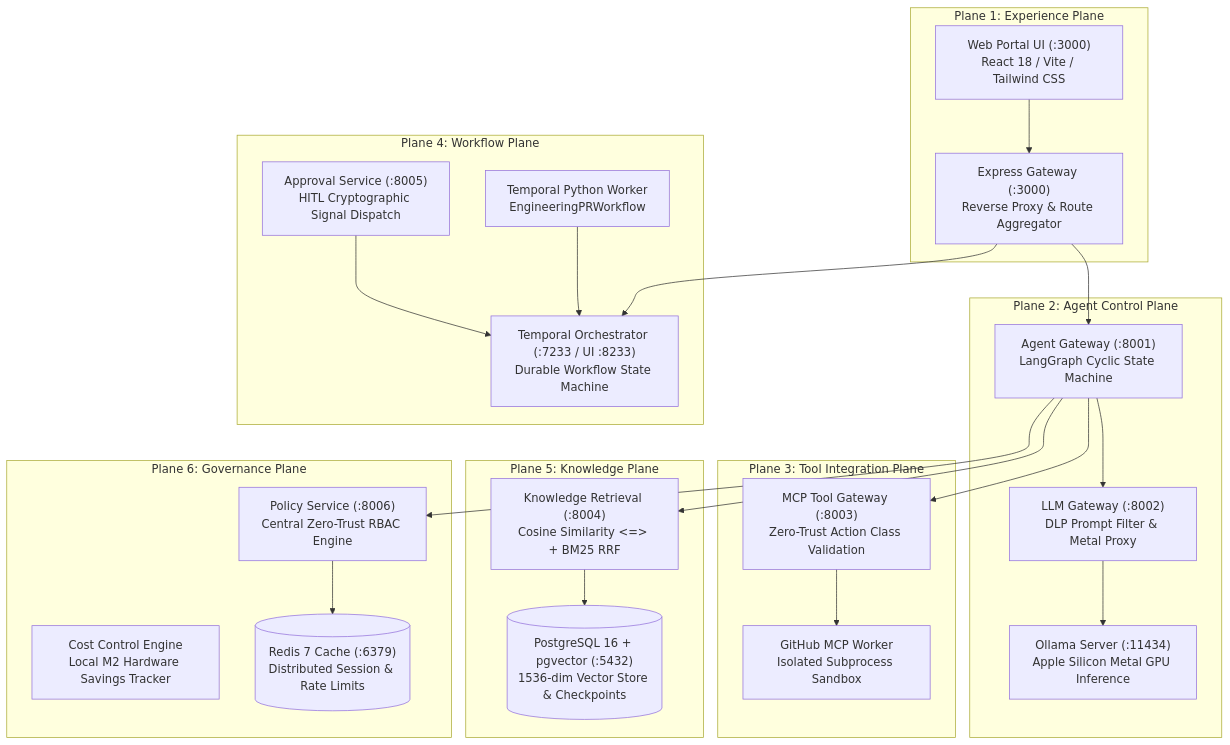
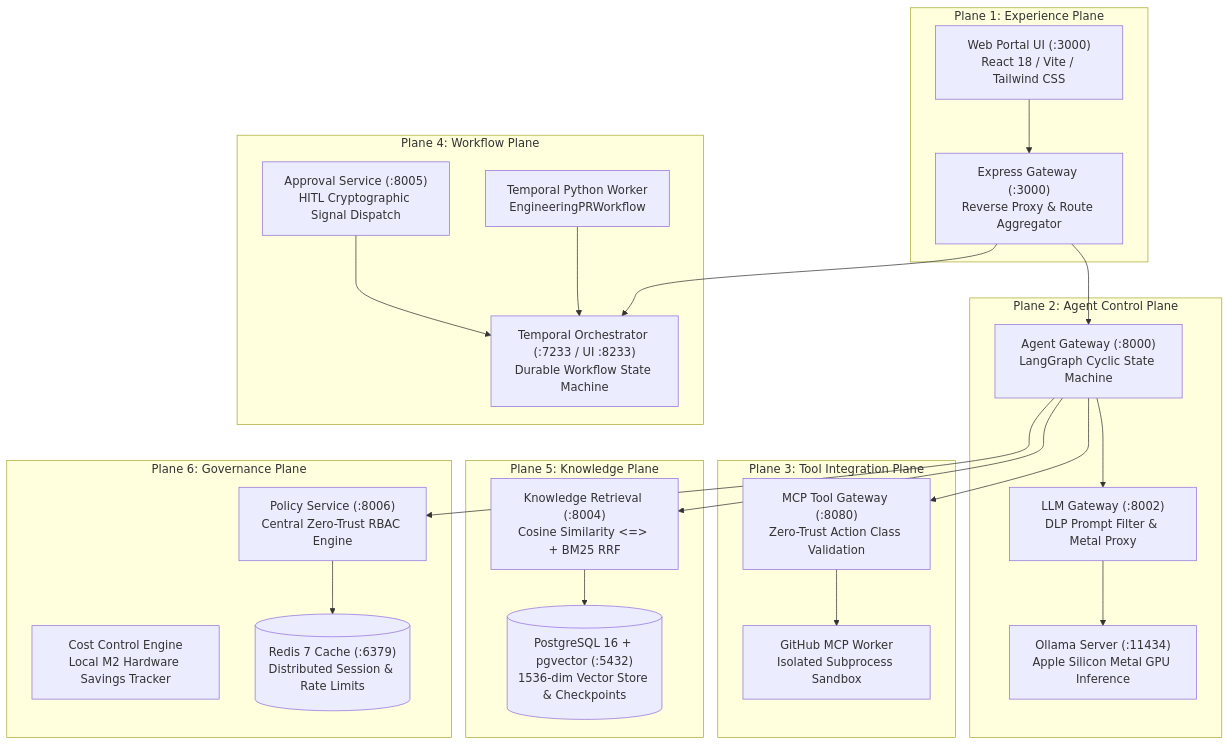
The second of 5 diagrams in docs/MAC_M2_LOCAL_SETUP_GUIDE.md (kk-ecu/light-weight-agentic-engineering), drawn with Mermaid before and after one commit. The commit also changed 8 other files, not shown here.

````diff
--- a/docs/MAC_M2_LOCAL_SETUP_GUIDE.md
+++ b/docs/MAC_M2_LOCAL_SETUP_GUIDE.md
@@ -83,49 +83,49 @@
 ```mermaid
 flowchart TD
     subgraph P1["Plane 1: Experience Plane"]
         WebApp["Web Portal UI (:3000)\nReact 18 / Vite / Tailwind CSS"]
         NodeGateway["Express Gateway (:3000)\nReverse Proxy & Route Aggregator"]
     end
 
     subgraph P2["Plane 2: Agent Control Plane"]
-        AgentGW["Agent Gateway (:8001)\nLangGraph Cyclic State Machine"]
+        AgentGW["Agent Gateway (:8000)\nLangGraph Cyclic State Machine"]
         LLMGW["LLM Gateway (:8002)\nDLP Prompt Filter & Metal Proxy"]
         OllamaServer["Ollama Server (:11434)\nApple Silicon Metal GPU Inference"]
     end
 
     subgraph P3["Plane 3: Tool Integration Plane"]
-        MCPGW["MCP Tool Gateway (:8003)\nZero-Trust Action Class Validation"]
+        MCPGW["MCP Tool Gateway (:8080)\nZero-Trust Action Class Validation"]
         GitAdapter["GitHub MCP Worker\nIsolated Subprocess Sandbox"]
     end
 
     subgraph P4["Plane 4: Workflow Plane"]
         TemporalSvr["Temporal Orchestrator (:7233 / UI :8233)\nDurable Workflow State Machine"]
         TemporalWorker["Temporal Python Worker\nEngineeringPRWorkflow"]
         ApprovalSvc["Approval Service (:8005)\nHITL Cryptographic Signal Dispatch"]
     end
 
     subgraph P5["Plane 5: Knowledge Plane"]
         RetrievalSvc["Knowledge Retrieval (:8004)\nCosine Similarity <=> + BM25 RRF"]
         PostgresDB[("PostgreSQL 16 + pgvector (:5432)\n1536-dim Vector Store & Checkpoints")]
     end
 
     subgraph P6["Plane 6: Governance Plane"]
         PolicySvc["Policy Service (:8006)\nCentral Zero-Trust RBAC Engine"]
         CostSvc["Cost Control Engine\nLocal M2 Hardware Savings Tracker"]
         RedisCache[("Redis 7 Cache (:6379)\nDistributed Session & Rate Limits")]
     end
 
     WebApp --> NodeGateway
     NodeGateway --> AgentGW
     NodeGateway --> TemporalSvr
     AgentGW --> PolicySvc
     AgentGW --> RetrievalSvc
     RetrievalSvc --> PostgresDB
     AgentGW --> LLMGW
     LLMGW --> OllamaServer
     AgentGW --> MCPGW
     MCPGW --> GitAdapter
     TemporalWorker --> TemporalSvr
     ApprovalSvc --> TemporalSvr
     PolicySvc --> RedisCache
 ```
````
